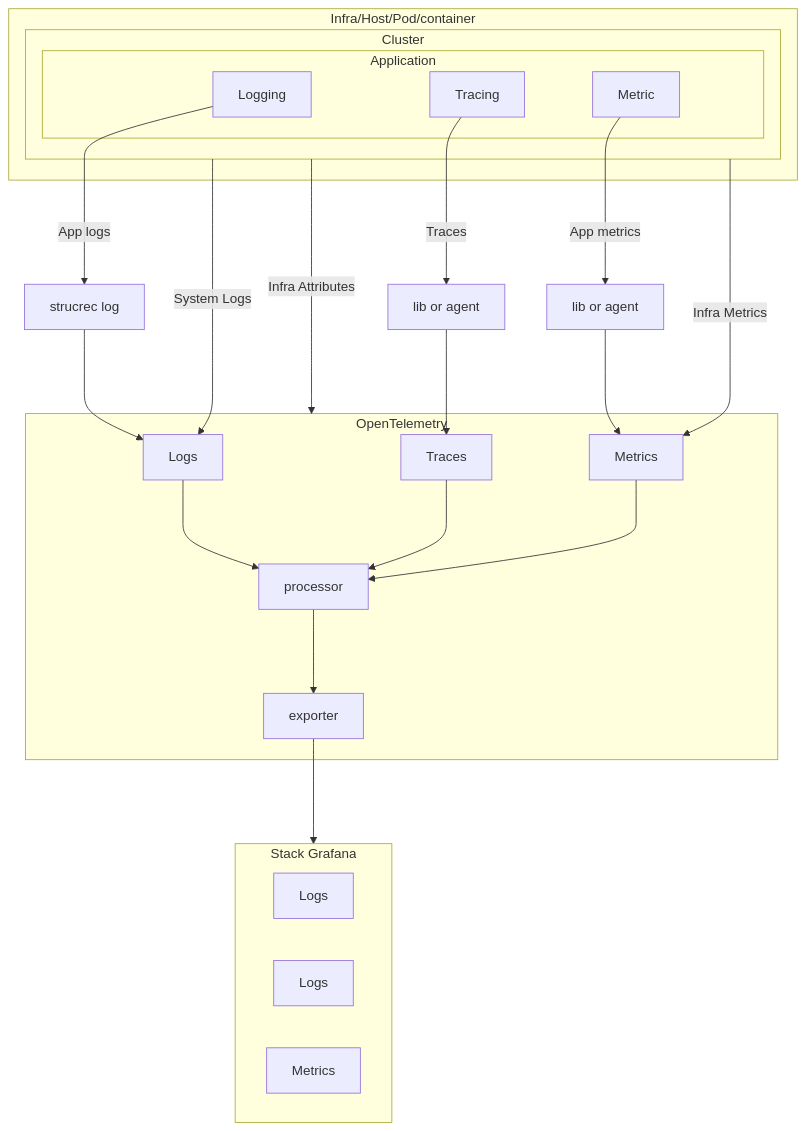
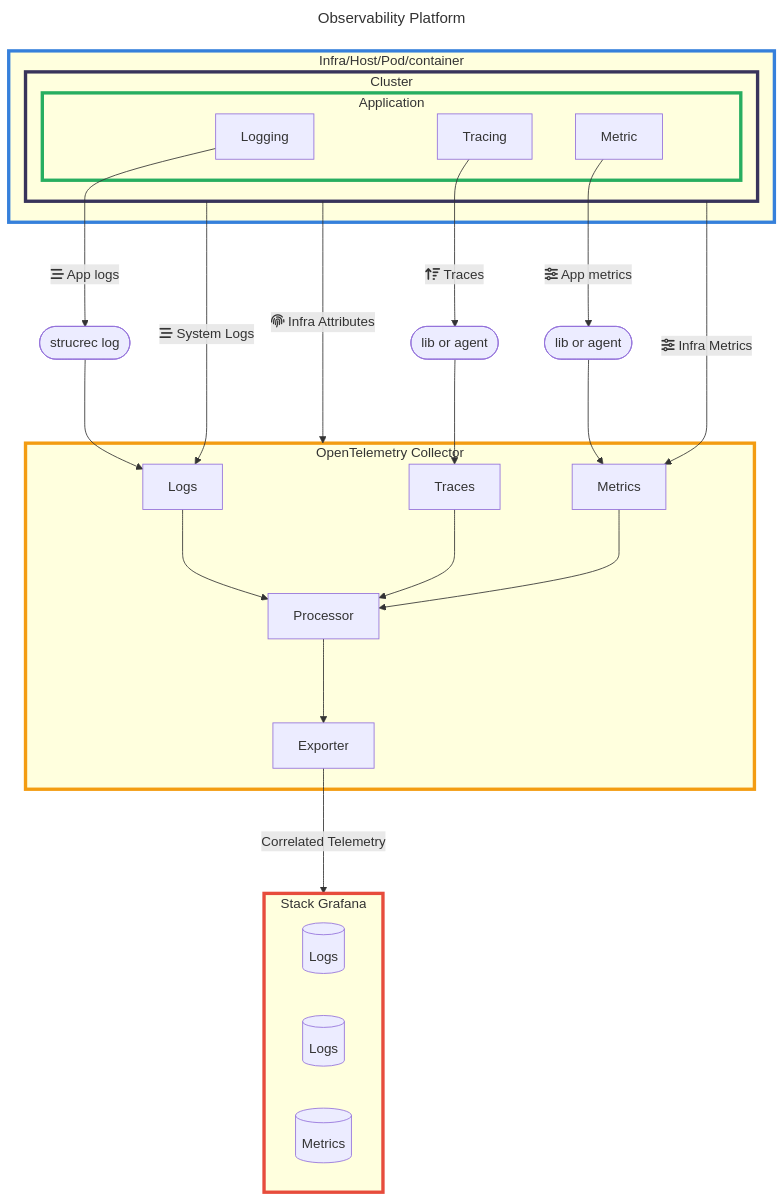
The diagram in README.md (EzzioMoreira/observability-platform), drawn with Mermaid before and after one commit.

Commit message:
fix: ajuste conexão

````diff
--- a/README.md
+++ b/README.md
@@ -5,50 +5,59 @@
 ```mermaid
+---
+title: Observability Platform
+---
+
 graph TD
-    %% Subgráfico para Infra/Host/Pod/container
+    %% Subgráfico para Infra/Host/Pod/Container
     subgraph Infra["Infra/Host/Pod/container"]
+    style Infra stroke:#3680db,stroke-width:4px;
         %% Subgráfico para Cluster
         subgraph cluster["Cluster"]
+        style cluster stroke:#38345b,stroke-width:4px;
             %% Subgráfico para Application
             subgraph application["Application"]
+            style application stroke:#27ae60,stroke-width:4px;
                 Logging
                 Tracing
                 Metric
             end
         end
     end
 
     %% Conexões entre elementos
-    Logging ---> |App logs| log["strucrec log"]
-    Tracing ---> |Traces| trace["lib or agent"]
-    Metric ---> |App metrics| metrics["lib or agent"]
+    Logging ---> |fas:fa-stream App logs| log(["strucrec log"])
+    Tracing ---> |fas:fa-sort-amount-up Traces| trace(["lib or agent"])
+    Metric ---> |fas:fa-sliders-h App metrics| metrics(["lib or agent"])
 
     %% Subgráfico para OpenTelemetry (com Processamento e Exportação)
-    subgraph opentelemetry["OpenTelemetry"]
+    subgraph opentelemetry["OpenTelemetry Collector"]
+    style opentelemetry stroke:#f39c12,stroke-width:4px;
         Logs
         Traces
         Metrics
-        processor
-        exporter
+        Processor
+        Exporter
     end
 
     subgraph backend["Stack Grafana"]
-        b-Logs["Logs"]
-        b-Traces["Logs"]
-        b-Metrics["Metrics"]
+    style backend stroke:#e74c3c,stroke-width:4px;
+        b-Logs[(Logs)]
+        b-Traces[(Logs)]
+        b-Metrics[(Metrics)]
     end
 
     %% Aplicação e opentelemtry
-    log ---> Logs ---> processor
-    trace ---> Traces ---> processor
-    metrics ---> Metrics ---> processor
+    log ---> Logs ---> Processor
+    trace ---> Traces ---> Processor
+    metrics ---> Metrics ---> Processor
 
     %% Conexões entre elementos
-    cluster ---> |Infra Metrics| Metrics
-    cluster ---> |System Logs| Logs
-    cluster ---> |Infra Attributes| opentelemetry
+    cluster ---> |fas:fa-sliders-h Infra Metrics| Metrics
+    cluster ---> |fas:fa-stream System Logs| Logs
+    cluster ---> |fas:fa-fingerprint Infra Attributes| opentelemetry
 
     %% Conexões para Processamento e Exportação dentro de OpenTelemetry
     
-    processor ---> exporter
-    exporter ---> backend
+    Processor ---> Exporter
+    Exporter ---> |Correlated Telemetry| backend
 ```
````
